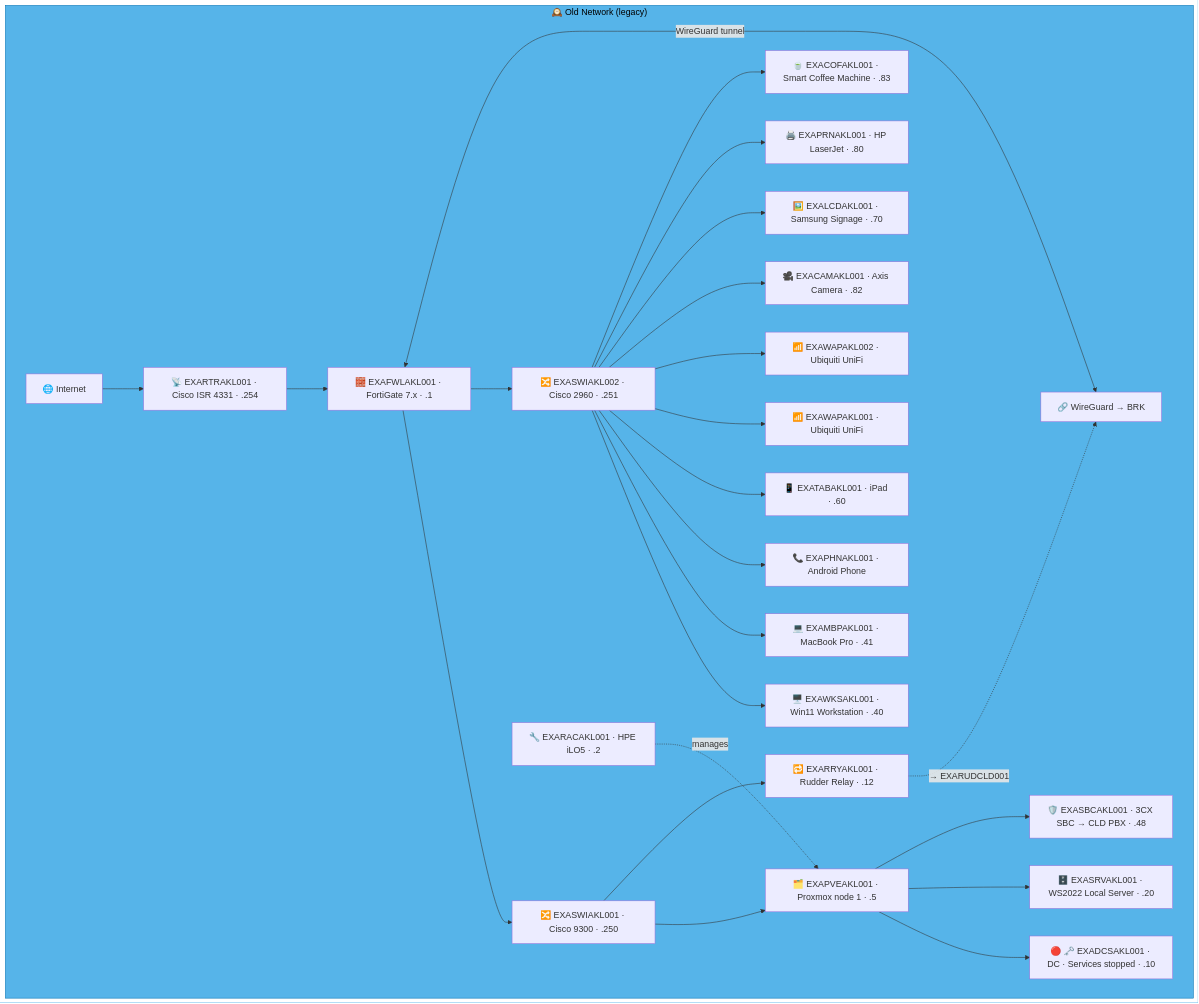
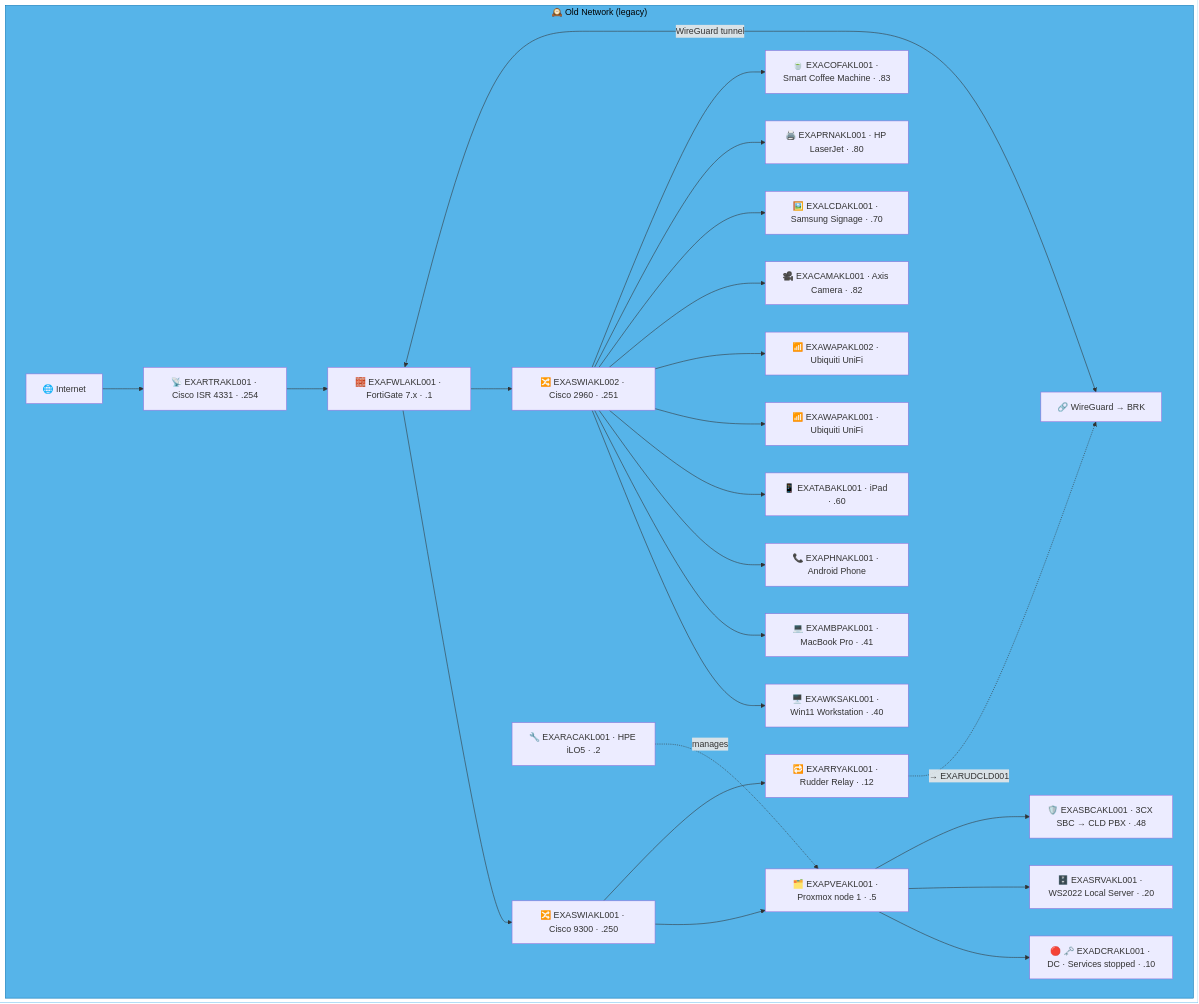
One commit to knightmare2600/example_music_infra changed the second of 3 diagrams in docs/network-diagram/new-zealand.md. Above: the diagram before and after it, drawn with Mermaid. The commit also changed other lines of this file and 8 other files, not shown here.

````diff
--- a/docs/network-diagram/new-zealand.md
+++ b/docs/network-diagram/new-zealand.md
@@ -93,38 +88,38 @@
 ```mermaid
 graph TD
     subgraph OLD_AKL ["🕰️ Old Network (legacy)"]
       INET["🌐 Internet"]
       FWL["🧱 EXAFWLAKL001 · FortiGate 7.x · .1"]
       SW1["🔀 EXASWIAKL001 · Cisco 9300 · .250"]
       SW2["🔀 EXASWIAKL002 · Cisco 2960 · .251"]
       RTR["📡 EXARTRAKL001 · Cisco ISR 4331 · .254"]
       RAC["🔧 EXARACAKL001 · HPE iLO5 · .2"]
       PVE["🗂️ EXAPVEAKL001 · Proxmox node 1 · .5"]
-      DC["🔴 🗝️ EXADCSAKL001 · DC · Services stopped · .10"]
+      DC["🔴 🗝️ EXADCRAKL001 · DC · Services stopped · .10"]
       SRV["🗄️ EXASRVAKL001 · WS2022 Local Server · .20"]
       SBC["🛡️ EXASBCAKL001 · 3CX SBC → CLD PBX · .48"]
       RRY["🔁 EXARRYAKL001 · Rudder Relay · .12"]
       WKS["🖥️ EXAWKSAKL001 · Win11 Workstation · .40"]
       MBP["💻 EXAMBPAKL001 · MacBook Pro · .41"]
       PHN["📞 EXAPHNAKL001 · Android Phone"]
       TAB["📱 EXATABAKL001 · iPad · .60"]
       WAP1["📶 EXAWAPAKL001 · Ubiquiti UniFi"]
       WAP2["📶 EXAWAPAKL002 · Ubiquiti UniFi"]
       CAM["🎥 EXACAMAKL001 · Axis Camera · .82"]
       LCD["🖼️ EXALCDAKL001 · Samsung Signage · .70"]
       PRN["🖨️ EXAPRNAKL001 · HP LaserJet · .80"]
       COF["🍵 EXACOFAKL001 · Smart Coffee Machine · .83"]
       VPN["🔗 WireGuard → BRK"]
 
       INET --> RTR --> FWL --> SW1 & SW2
       SW1 --> PVE --> DC & SRV & SBC
       RAC -.->|"manages"| PVE
       SW2 --> WKS & MBP & PHN & TAB & WAP1 & WAP2
       SW2 --> CAM & LCD & PRN & COF
       FWL <-->|"WireGuard tunnel"| VPN
 
       SW1 --> RRY
       RRY -. "→ EXARUDCLD001" .-> VPN
     end
     style OLD_AKL fill:#56B4E9,stroke:#0072B2,color:#000000
 ```
````
